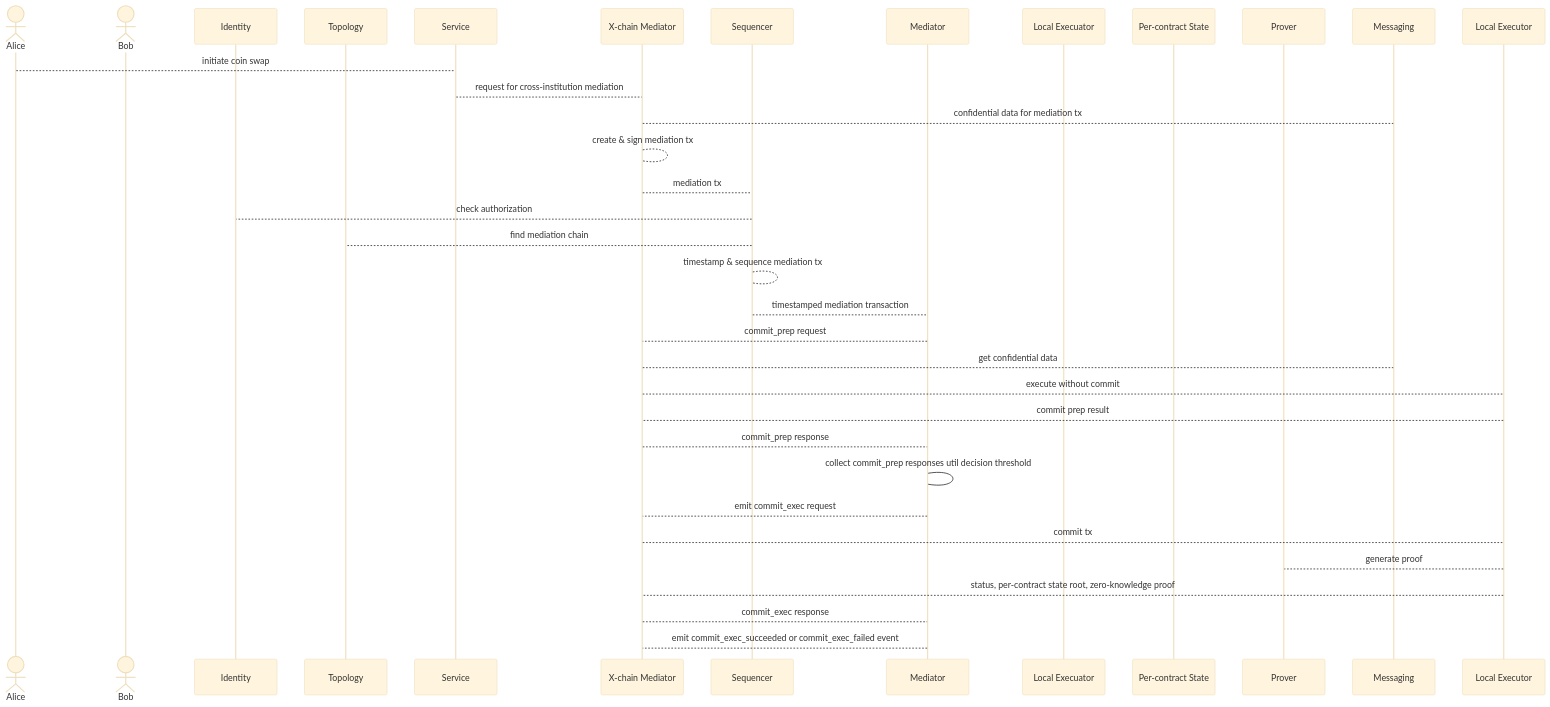
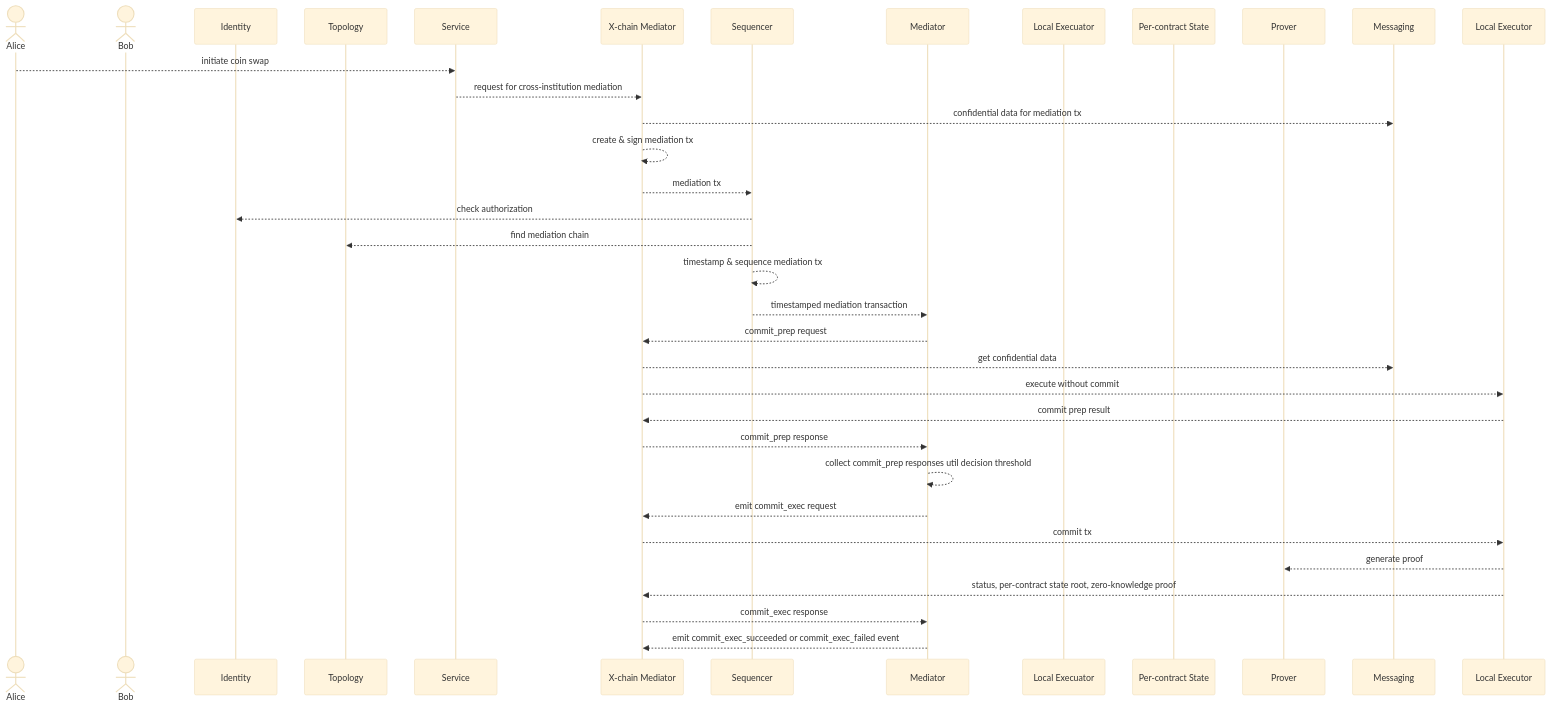
Before and after one commit to PDXbaap/design: the diagram in finance_architecture.md, drawn with Mermaid (base theme).

Commit message:
Revise coin swap sequence and clarify blockchain compatibility
Updated the sequence of messages in the coin swap process to use double arrows for clarity. Added context about compatibility with both consortium and public blockchains.

````diff
--- a/finance_architecture.md
+++ b/finance_architecture.md
@@ -29,37 +29,37 @@
 ```mermaid
 sequenceDiagram
 actor Alice
 actor Bob
 participant Identity
 participant Topology
 participant Service
 participant X-chain Mediator
 participant Sequencer
 participant Mediator
 participant Local Execuator
 participant Per-contract State
 participant Prover
 participant Messaging
 
-Alice --> Service: initiate coin swap
-Service --> X-chain Mediator: request for cross-institution mediation
-X-chain Mediator --> Messaging: confidential data for mediation tx
-X-chain Mediator --> X-chain Mediator: create & sign mediation tx
-X-chain Mediator --> Sequencer: mediation tx
-Sequencer --> Identity: check authorization
-Sequencer --> Topology: find mediation chain
-Sequencer --> Sequencer: timestamp & sequence mediation tx
-Sequencer --> Mediator: timestamped mediation transaction
-Mediator --> X-chain Mediator: commit_prep request
-X-chain Mediator --> Messaging: get confidential data
-X-chain Mediator --> Local Executor: execute without commit
-Local Executor --> X-chain Mediator: commit prep result
-X-chain Mediator --> Mediator: commit_prep response
-Mediator -> Mediator: collect commit_prep responses util decision threshold
-Mediator --> X-chain Mediator: emit commit_exec request
-X-chain Mediator --> Local Executor: commit tx
-Local Executor --> Prover: generate proof
-Local Executor --> X-chain Mediator: status, per-contract state root, zero-knowledge proof
-X-chain Mediator --> Mediator: commit_exec response
-Mediator --> X-chain Mediator: emit commit_exec_succeeded or commit_exec_failed event
+Alice -->> Service: initiate coin swap
+Service -->> X-chain Mediator: request for cross-institution mediation
+X-chain Mediator -->> Messaging: confidential data for mediation tx
+X-chain Mediator -->> X-chain Mediator: create & sign mediation tx
+X-chain Mediator -->> Sequencer: mediation tx
+Sequencer -->> Identity: check authorization
+Sequencer -->> Topology: find mediation chain
+Sequencer -->> Sequencer: timestamp & sequence mediation tx
+Sequencer -->> Mediator: timestamped mediation transaction
+Mediator -->> X-chain Mediator: commit_prep request
+X-chain Mediator -->> Messaging: get confidential data
+X-chain Mediator -->> Local Executor: execute without commit
+Local Executor -->> X-chain Mediator: commit prep result
+X-chain Mediator -->> Mediator: commit_prep response
+Mediator -->> Mediator: collect commit_prep responses util decision threshold
+Mediator -->> X-chain Mediator: emit commit_exec request
+X-chain Mediator -->> Local Executor: commit tx
+Local Executor -->> Prover: generate proof
+Local Executor -->> X-chain Mediator: status, per-contract state root, zero-knowledge proof
+X-chain Mediator -->> Mediator: commit_exec response
+Mediator -->> X-chain Mediator: emit commit_exec_succeeded or commit_exec_failed event
 ```
````
